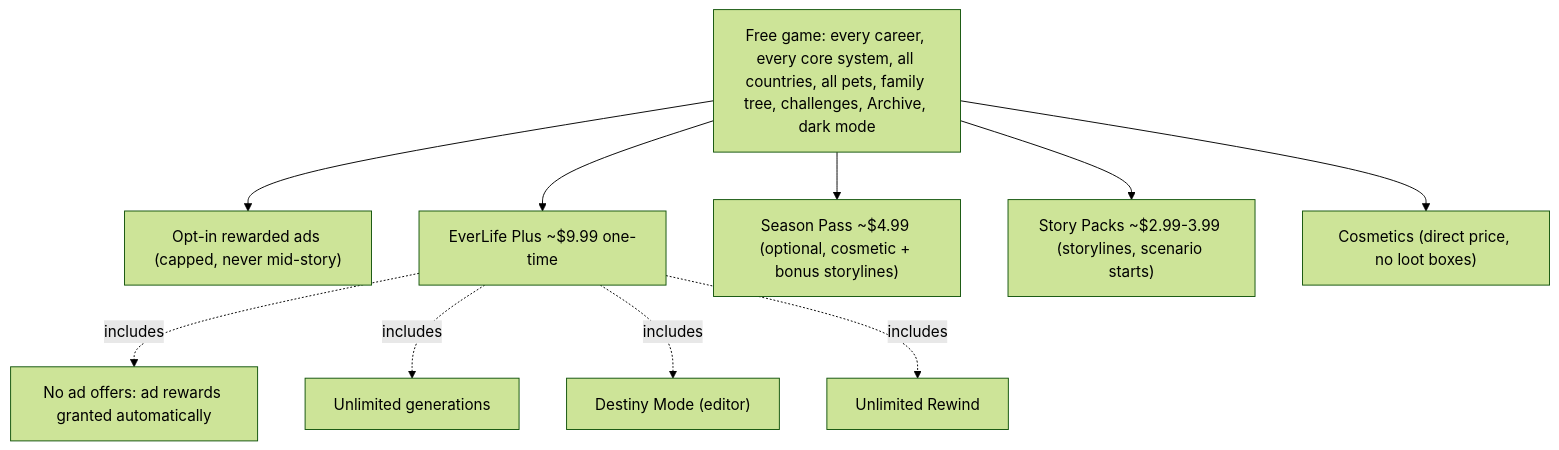
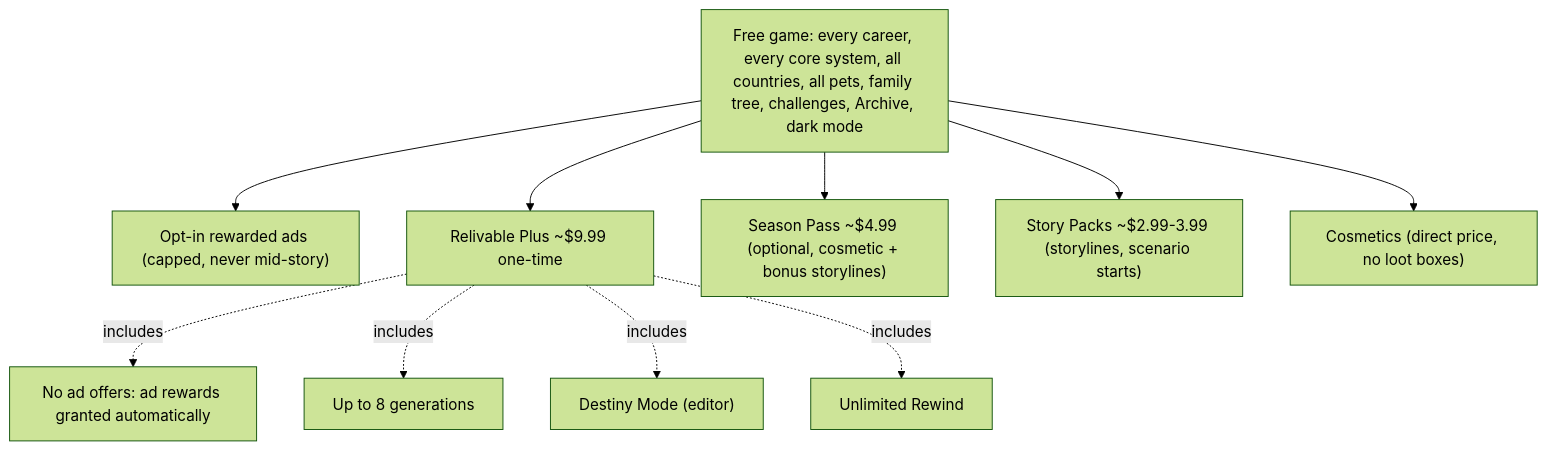
Before and after one commit to ZWITG/agent-weave-workbench: the fifth of 6 diagrams in docs/phase-1/04 App Breakdown - Social, Meta and Premium.md, drawn with Mermaid (forest theme). The commit also changed other lines of this file and 17 other files, not shown here.

Commit message:
Rename game to Relivable and cap dynasties at 8 generations

````diff
--- a/docs/phase-1/04 App Breakdown - Social, Meta and Premium.md
+++ b/docs/phase-1/04 App Breakdown - Social, Meta and Premium.md
@@ -1263,18 +1263,18 @@
 ```mermaid
 flowchart TB
   FREE["Free game: every career, every core system, all countries, all pets, family tree, challenges, Archive, dark mode"]
   ADS["Opt-in rewarded ads (capped, never mid-story)"]
-  PLUS["EverLife Plus ~$9.99 one-time"]
+  PLUS["Relivable Plus ~$9.99 one-time"]
   SEASON["Season Pass ~$4.99 (optional, cosmetic + bonus storylines)"]
   PACK["Story Packs ~$2.99-3.99 (storylines, scenario starts)"]
   COS["Cosmetics (direct price, no loot boxes)"]
   FREE --> ADS
   FREE --> PLUS
   FREE --> SEASON
   FREE --> PACK
   FREE --> COS
   PLUS -. includes .-> P1["No ad offers: ad rewards granted automatically"]
-  PLUS -. includes .-> P2["Unlimited generations"]
+  PLUS -. includes .-> P2["Up to 8 generations"]
   PLUS -. includes .-> P3["Destiny Mode (editor)"]
   PLUS -. includes .-> P4["Unlimited Rewind"]
 ```
````
